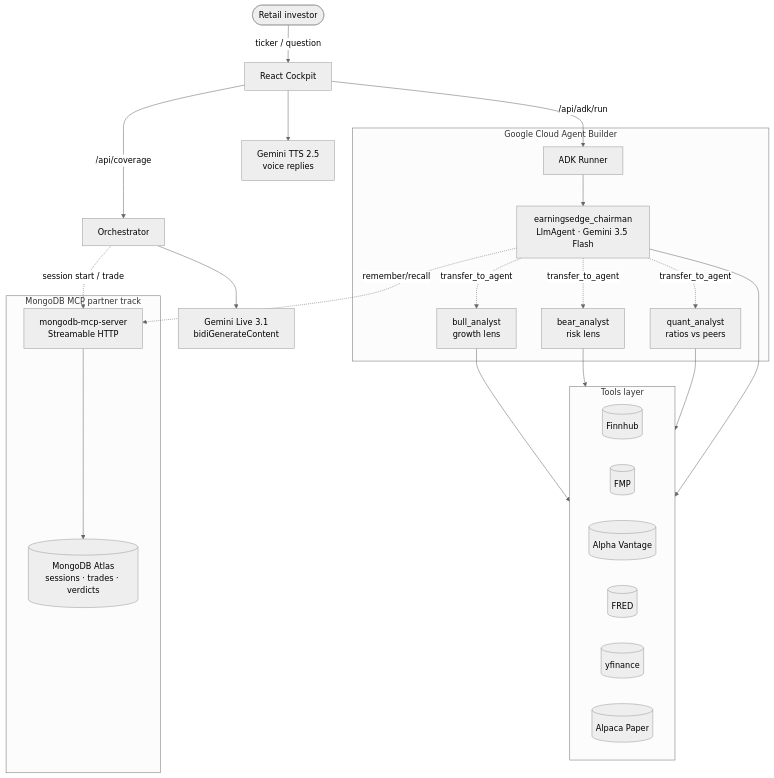
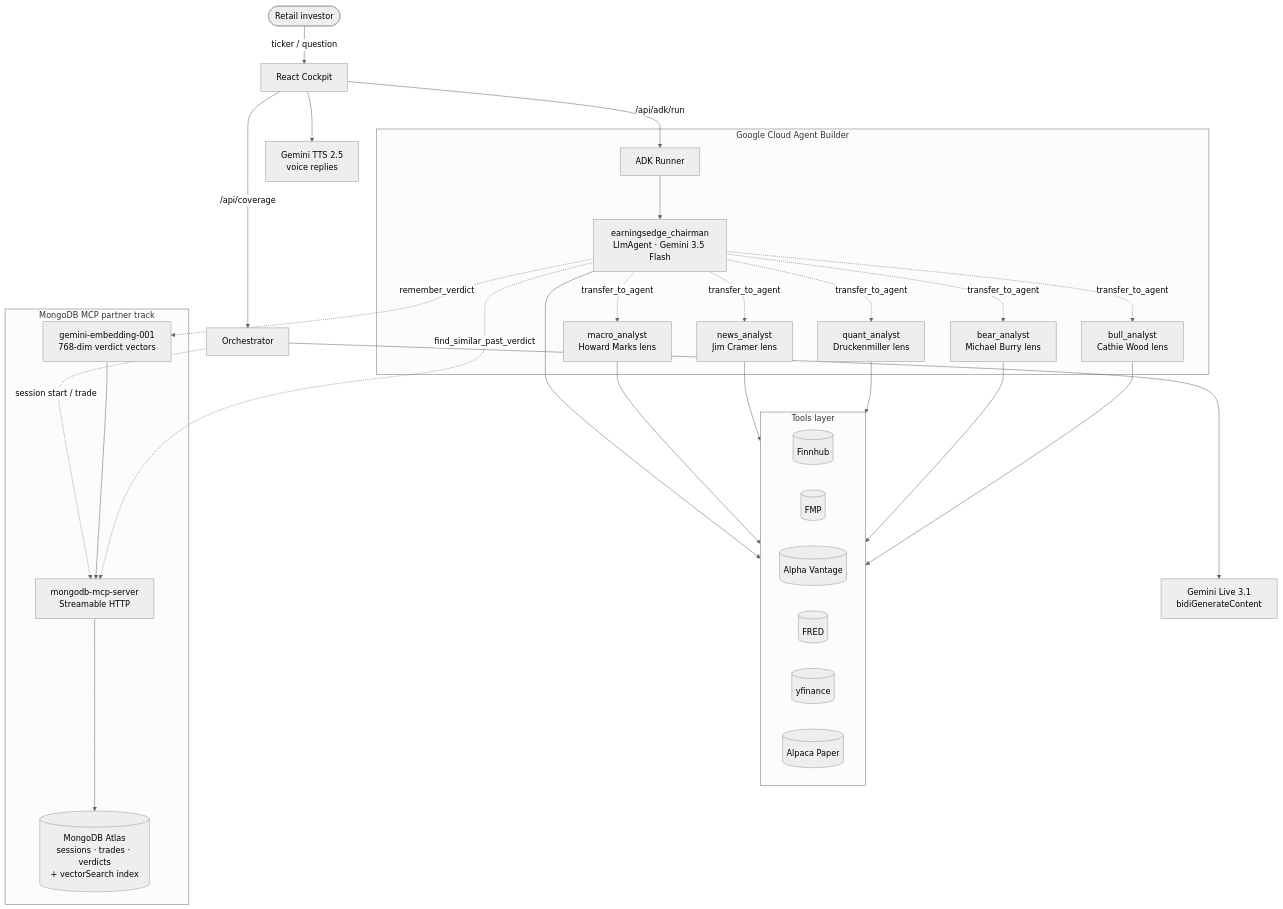
Before and after one commit to sarvarjafarov/earningsedge: the diagram in README.md, drawn with Mermaid (neutral theme). The commit also changed other lines of this file and 11 other files, not shown here.

````diff
--- a/README.md
+++ b/README.md
@@ -54,39 +97,46 @@
 ```mermaid
 flowchart TD
     user([Retail investor]) -->|ticker / question| ui[React Cockpit]
     ui -->|/api/coverage| orch[Orchestrator]
     ui -->|/api/adk/run| adk[ADK Runner]
 
     subgraph google[Google Cloud Agent Builder]
         adk --> chair[earningsedge_chairman<br/>LlmAgent · Gemini 3.5 Flash]
-        chair -. transfer_to_agent .-> bull[bull_analyst<br/>growth lens]
-        chair -. transfer_to_agent .-> bear[bear_analyst<br/>risk lens]
-        chair -. transfer_to_agent .-> quant[quant_analyst<br/>ratios vs peers]
+        chair -. transfer_to_agent .-> bull[bull_analyst<br/>Cathie Wood lens]
+        chair -. transfer_to_agent .-> bear[bear_analyst<br/>Michael Burry lens]
+        chair -. transfer_to_agent .-> quant[quant_analyst<br/>Druckenmiller lens]
+        chair -. transfer_to_agent .-> news[news_analyst<br/>Jim Cramer lens]
+        chair -. transfer_to_agent .-> macro[macro_analyst<br/>Howard Marks lens]
     end
 
     orch --> live[Gemini Live 3.1<br/>bidiGenerateContent]
     ui --> tts[Gemini TTS 2.5<br/>voice replies]
 
     subgraph tools[Tools layer]
         finnhub[(Finnhub)]
         fmp[(FMP)]
         av[(Alpha Vantage)]
         fred[(FRED)]
         yf[(yfinance)]
         alpaca[(Alpaca Paper)]
     end
 
     bull --> tools
     bear --> tools
     quant --> tools
+    news --> tools
+    macro --> tools
     chair --> tools
 
     subgraph mcp[MongoDB MCP partner track]
         mcpsrv[mongodb-mcp-server<br/>Streamable HTTP]
-        atlas[(MongoDB Atlas<br/>sessions · trades · verdicts)]
+        atlas[(MongoDB Atlas<br/>sessions · trades · verdicts<br/>+ vectorSearch index)]
+        embed[gemini-embedding-001<br/>768-dim verdict vectors]
     end
 
-    chair -.remember/recall.-> mcpsrv
+    chair -.find_similar_past_verdict.-> mcpsrv
+    chair -.remember_verdict.-> embed
+    embed --> mcpsrv
     orch -.session start / trade.-> mcpsrv
     mcpsrv --> atlas
 ```
````
